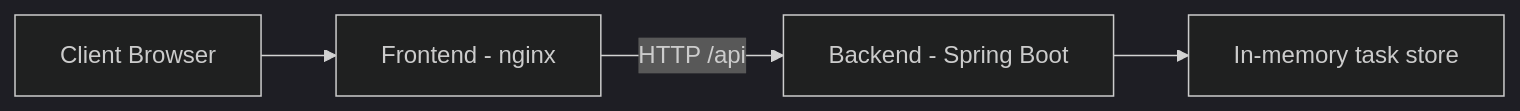
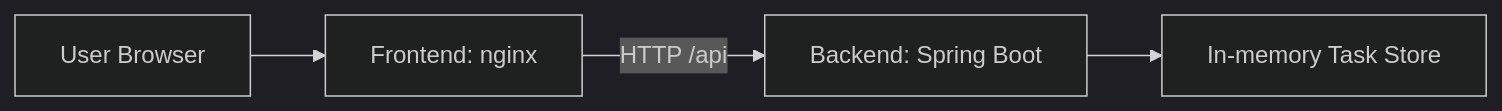
The diagram in README.md (najeh-toumi-devops/k8s-demo-app), drawn with Mermaid (dark theme) before and after one commit. The commit also changed other lines of this file, not shown here.

````diff
--- a/README.md
+++ b/README.md
@@ -23,6 +25,6 @@
 ```mermaid
 flowchart LR
-    User[Client Browser] --> FE[Frontend - nginx]
-    FE -->|HTTP /api| BE[Backend - Spring Boot]
-    BE --> TASKS[In-memory task store]
+    Browser[User Browser] --> FE[Frontend: nginx]
+    FE -->|HTTP /api| API[Backend: Spring Boot]
+    API --> STORE[In-memory Task Store]
 ```
````
